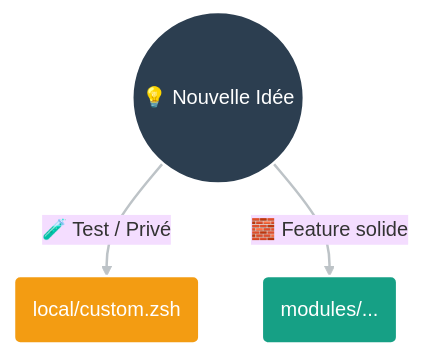
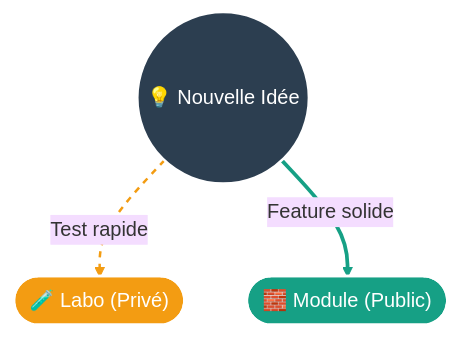
One commit to yanix2445/zsh-boost changed the second of 2 diagrams in README.md. Above: the diagram before and after it, drawn with Mermaid (base theme).

Commit message:
docs: modernize personalization diagram style

````diff
--- a/README.md
+++ b/README.md
@@ -183,17 +183,20 @@
 ```mermaid
 flowchart TD
     %% Nodes
     New(("💡 Nouvelle Idée"))
-    
+    Labo(["🧪 Labo (Privé)"])
+    Module(["🧱 Module (Public)"])
+
     %% Styles
     style New fill:#2c3e50,stroke:#fff,color:#fff,stroke-width:2px
     style Labo fill:#f39c12,stroke:#fff,color:#fff,stroke-width:2px
     style Module fill:#16a085,stroke:#fff,color:#fff,stroke-width:2px
 
     %% Paths
-    New -->| 🧪 Test / Privé | Labo("local/custom.zsh")
-    New -->| 🧱 Feature solide | Module("modules/...")
+    New -.->| Test rapide | Labo
+    New ==>| Feature solide | Module
     
-    %% Styling Links
-    linkStyle default stroke:#bdc3c7,stroke-width:2px
+    %% Semantic Link Styles
+    linkStyle 0 stroke:#f39c12,stroke-width:2px,stroke-dasharray: 5 5
+    linkStyle 1 stroke:#16a085,stroke-width:3px
 ```
````
